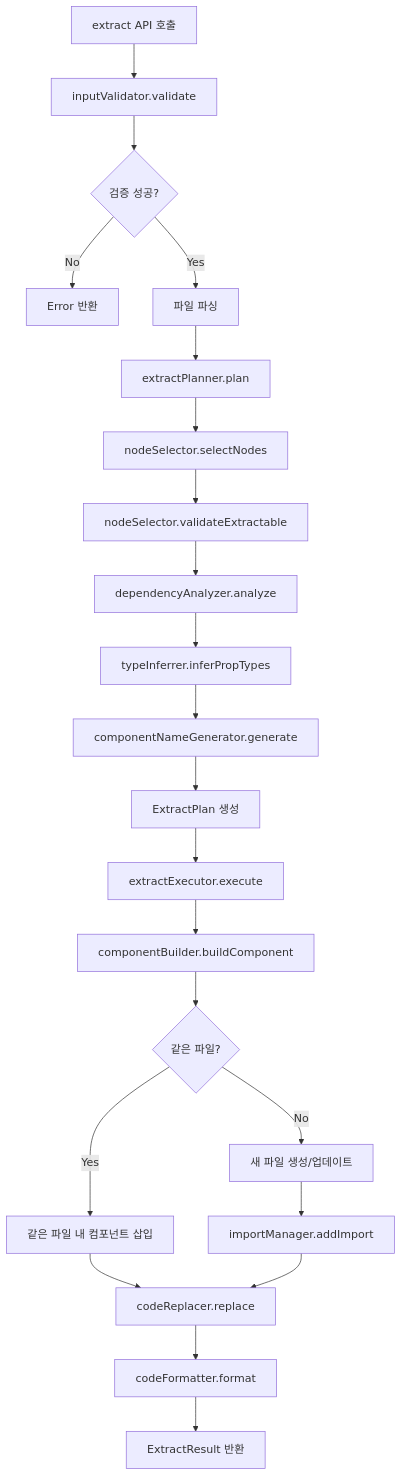
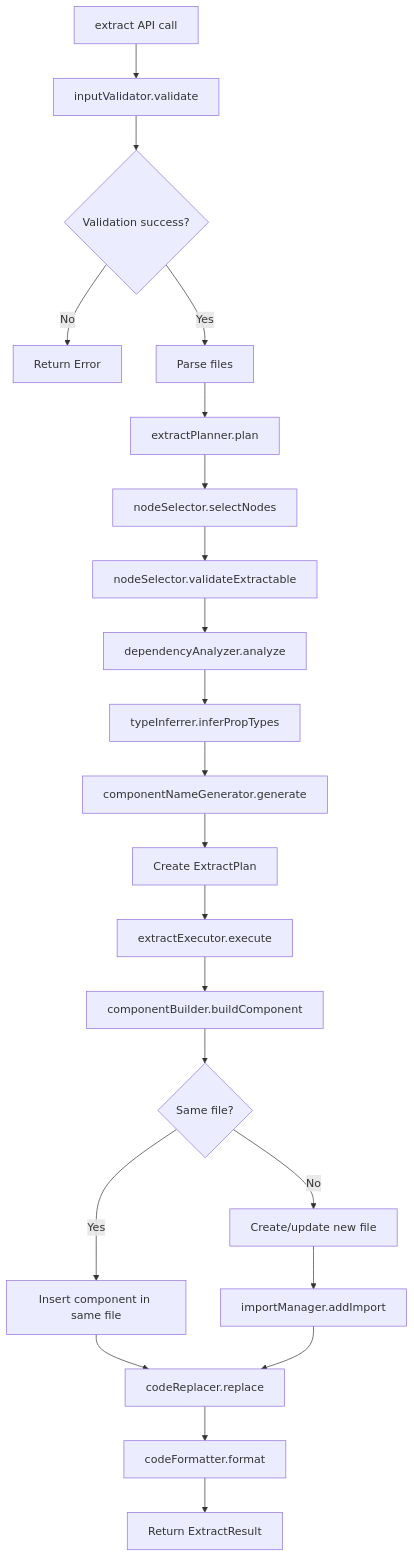
The fourth of 13 diagrams in .claude/specs/jsx-extract/design.md (wickedev/regrafter), drawn with Mermaid before and after one commit. The commit also changed other lines of this file and 86 other files, not shown here.

````diff
--- a/.claude/specs/jsx-extract/design.md
+++ b/.claude/specs/jsx-extract/design.md
@@ -696,28 +696,28 @@
 ```mermaid
 flowchart TD
-    A[extract API 호출] --> B[inputValidator.validate]
-    B --> C{검증 성공?}
-    C -->|No| D[Error 반환]
-    C -->|Yes| E[파일 파싱]
+    A[extract API call] --> B[inputValidator.validate]
+    B --> C{Validation success?}
+    C -->|No| D[Return Error]
+    C -->|Yes| E[Parse files]
     E --> F[extractPlanner.plan]
 
     F --> G[nodeSelector.selectNodes]
     G --> H[nodeSelector.validateExtractable]
     H --> I[dependencyAnalyzer.analyze]
     I --> J[typeInferrer.inferPropTypes]
     J --> K[componentNameGenerator.generate]
-    K --> L[ExtractPlan 생성]
+    K --> L[Create ExtractPlan]
 
     L --> M[extractExecutor.execute]
     M --> N[componentBuilder.buildComponent]
-    N --> O{같은 파일?}
+    N --> O{Same file?}
 
-    O -->|Yes| P[같은 파일 내 컴포넌트 삽입]
-    O -->|No| Q[새 파일 생성/업데이트]
+    O -->|Yes| P[Insert component in same file]
+    O -->|No| Q[Create/update new file]
     Q --> R[importManager.addImport]
 
     P --> S[codeReplacer.replace]
     R --> S
     S --> T[codeFormatter.format]
-    T --> U[ExtractResult 반환]
+    T --> U[Return ExtractResult]
 ```
````
